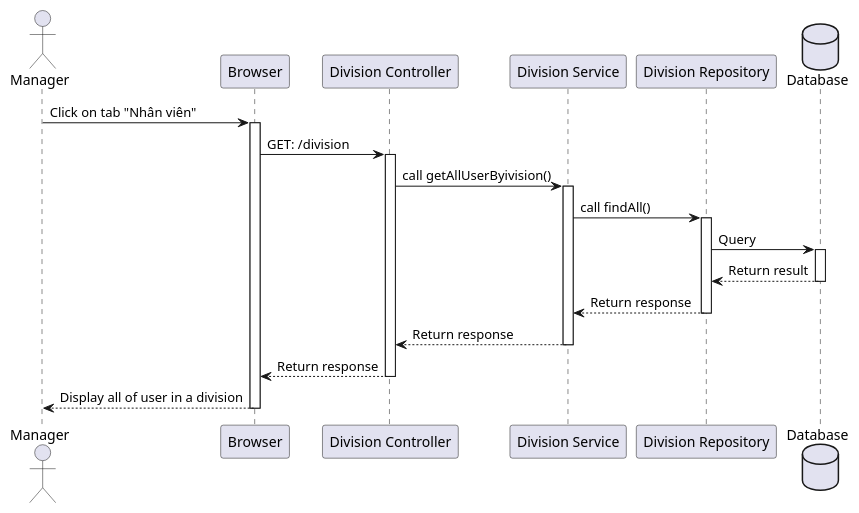
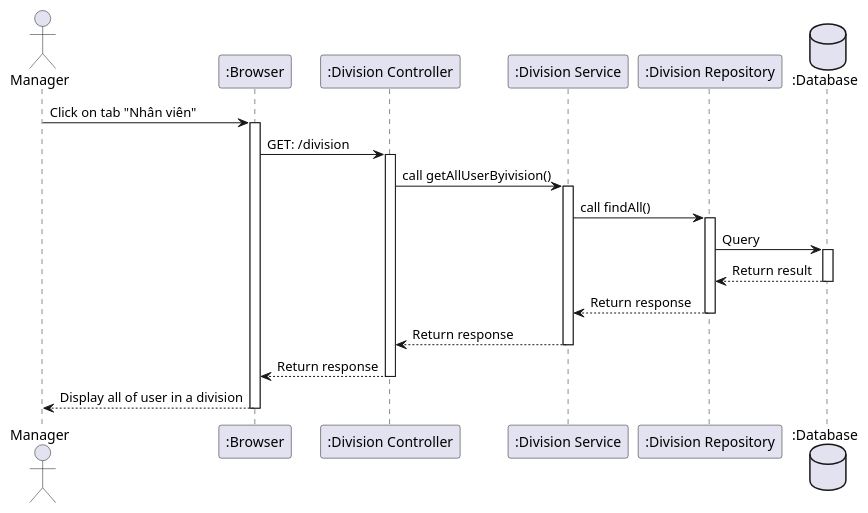
Before and after one commit to ngthanhtuung/ema-server: the diagram in docs/manager/getAllEmployee.plantuml, drawn with PlantUML. The commit also changed 42 other files, not shown here.

```diff
--- a/docs/manager/getAllEmployee.plantuml
+++ b/docs/manager/getAllEmployee.plantuml
@@ -1,20 +1,20 @@
 @startuml
 
 actor Manager as user
-participant Browser as a
-participant "Division Controller" as b
-participant "Division Service" as c
-participant "Division Repository" as d
-database Database as e
+participant ":Browser" as a
+participant ":Division Controller" as b
+participant ":Division Service" as c
+participant ":Division Repository" as d
+database ":Database" as e
 
 user -> a++: Click on tab "Nhân viên"
 a -> b++: GET: /division
 b -> c++: call getAllUserByivision()
 c -> d++: call findAll()
 d -> e++: Query
 e --> d--: Return result
 d --> c--: Return response
 c --> b--: Return response
 b --> a--: Return response
 a --> user--: Display all of user in a division
 @enduml
```
